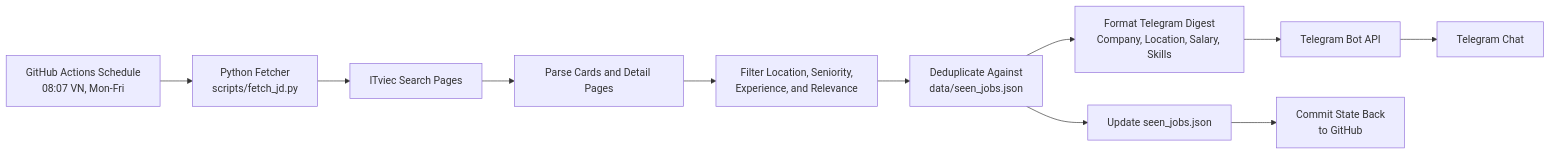
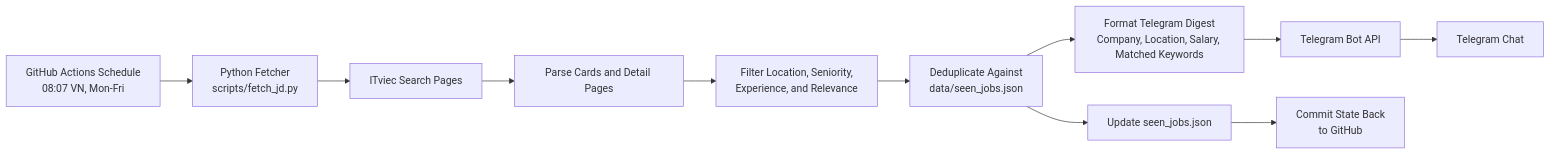
The diagram in README.md (ThanhLam-NetEng/jd-daily-bot), drawn with Mermaid before and after one commit. The commit also changed other lines of this file and 2 other files, not shown here.

Commit message:
fix: reduce digest field noise

````diff
--- a/README.md
+++ b/README.md
@@ -46,13 +46,13 @@
 ```mermaid
 flowchart LR
     A[GitHub Actions Schedule<br/>08:07 VN, Mon-Fri] --> B[Python Fetcher<br/>scripts/fetch_jd.py]
     B --> C[ITviec Search Pages]
     C --> D[Parse Cards and Detail Pages]
     D --> E[Filter Location, Seniority,<br/>Experience, and Relevance]
     E --> F[Deduplicate Against<br/>data/seen_jobs.json]
-    F --> G[Format Telegram Digest<br/>Company, Location, Salary, Skills]
+    F --> G[Format Telegram Digest<br/>Company, Location, Salary, Matched Keywords]
     G --> H[Telegram Bot API]
     H --> I[Telegram Chat]
     F --> J[Update seen_jobs.json]
     J --> K[Commit State Back<br/>to GitHub]
 ```
````
